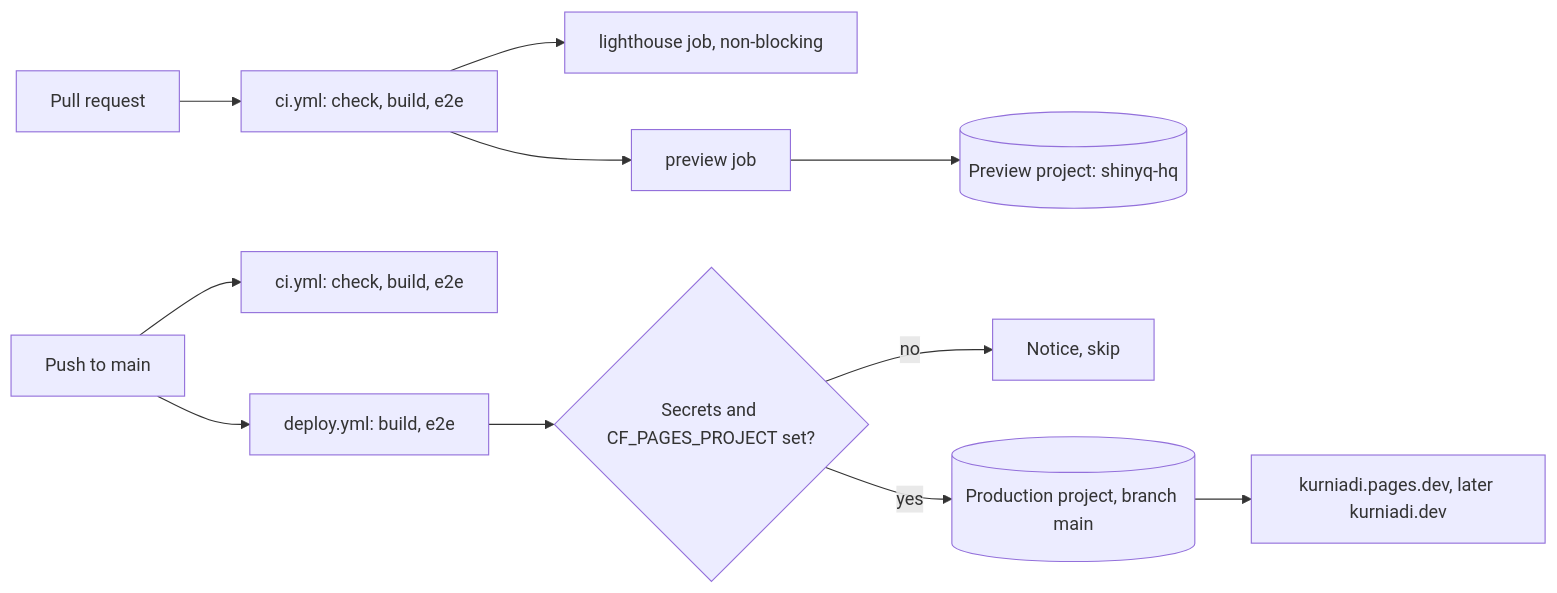
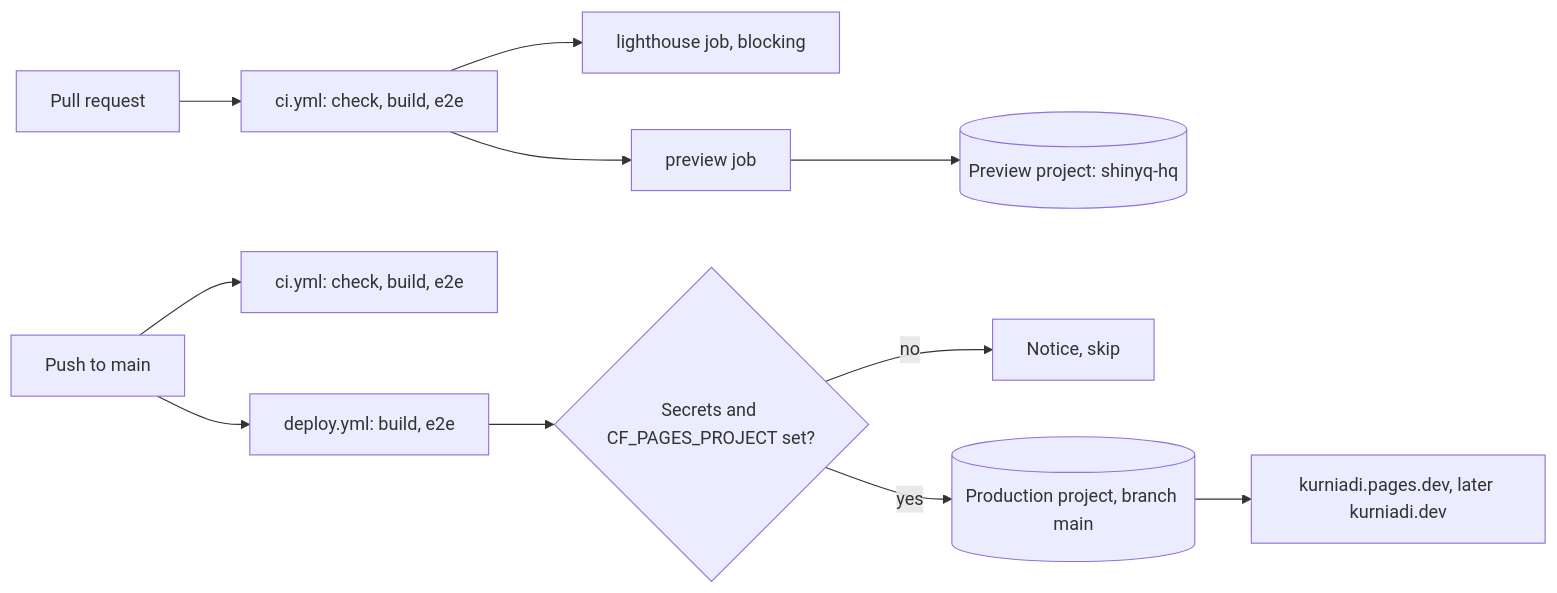
One commit to ShinyQ/ShinyQ-HQ changed the diagram in docs/deploy.md. Above: the diagram before and after it, drawn with Mermaid. The commit also changed other lines of this file and 18 other files, not shown here.

````diff
--- a/docs/deploy.md
+++ b/docs/deploy.md
@@ -53,13 +53,13 @@
 ```mermaid
 flowchart LR
   PR[Pull request] --> CI[ci.yml: check, build, e2e]
-  CI --> LH[lighthouse job, non-blocking]
+  CI --> LH[lighthouse job, blocking]
   CI --> PV[preview job]
   PV --> PP[(Preview project: shinyq-hq)]
   M[Push to main] --> CI2[ci.yml: check, build, e2e]
   M --> D[deploy.yml: build, e2e]
   D --> G{Secrets and CF_PAGES_PROJECT set?}
   G -- no --> S[Notice, skip]
   G -- yes --> P[(Production project, branch main)]
   P --> U[kurniadi.pages.dev, later kurniadi.dev]
 ```
````
